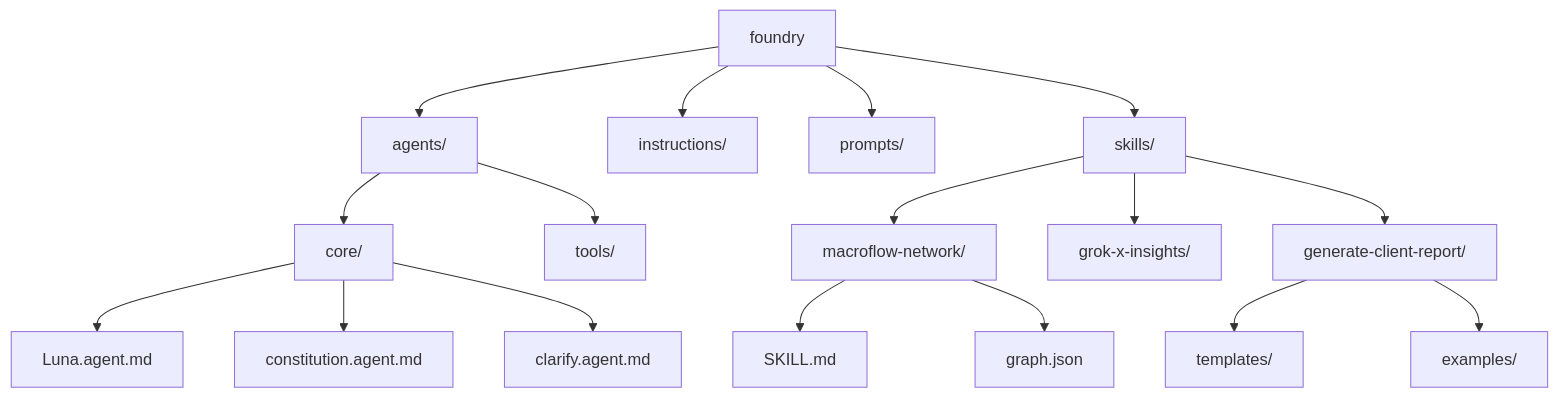
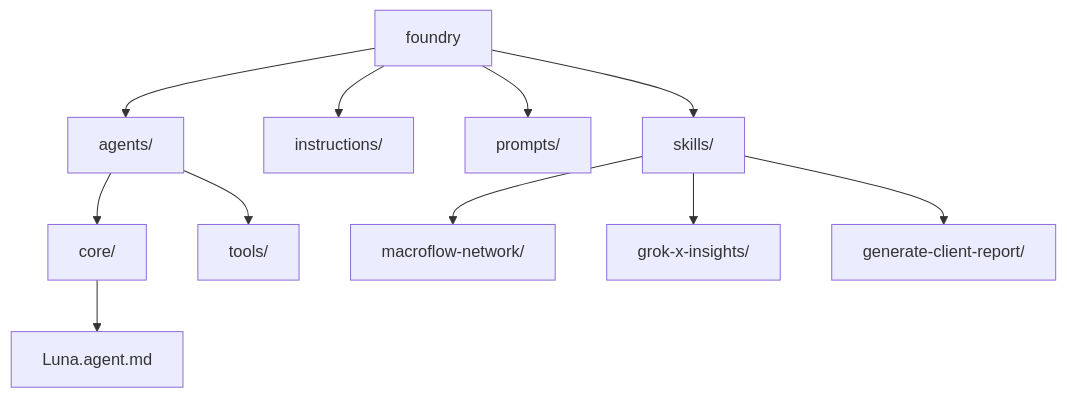
Before and after one commit to acornsoft/luna-foundry: the sixth of 6 diagrams in docs/Analysis/MacroFlow-Research/MacroFlow-Analysis.md, drawn with Mermaid. The commit also changed other lines of this file and 16 other files, not shown here.

````diff
--- a/docs/Analysis/MacroFlow-Research/MacroFlow-Analysis.md
+++ b/docs/Analysis/MacroFlow-Research/MacroFlow-Analysis.md
@@ -152,19 +152,13 @@
 ```mermaid
 graph TD
     A[foundry] --> B[agents/]
     A --> C[instructions/]
     A --> D[prompts/]
     A --> E[skills/]
     B --> F[core/]
     B --> G[tools/]
     F --> H[Luna.agent.md]
-    F --> I[constitution.agent.md]
-    F --> J[clarify.agent.md]
     E --> K[macroflow-network/]
     E --> L[grok-x-insights/]
     E --> M[generate-client-report/]
-    K --> N[SKILL.md]
-    K --> O[graph.json]
-    M --> P[templates/]
-    M --> Q[examples/]
 ```
````
